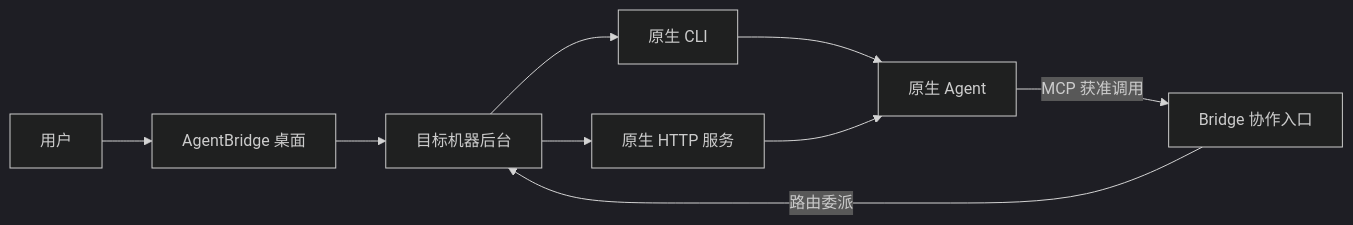
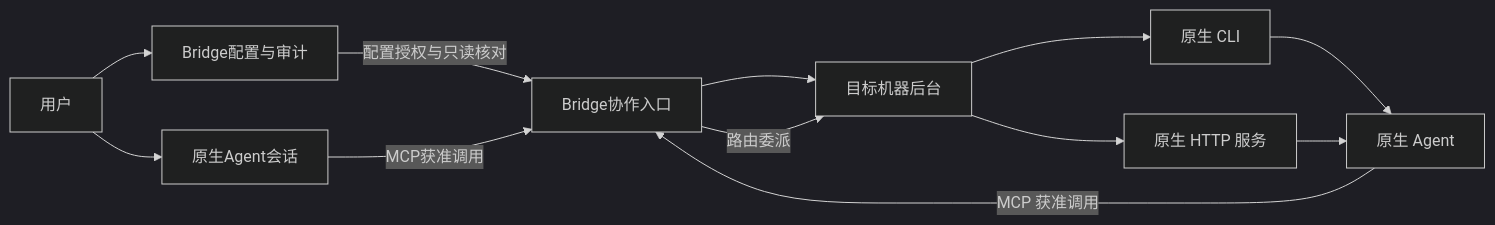
One commit to wsjq5477/MA-Relay changed the diagram in doc/user/architecture.md. Above: the diagram before and after it, drawn with Mermaid (dark theme). The commit also changed other lines of this file and 112 other files, not shown here.

````diff
--- a/doc/user/architecture.md
+++ b/doc/user/architecture.md
@@ -7,11 +7,14 @@
 ```mermaid
 flowchart LR
-  User[用户] --> Desktop[AgentBridge 桌面]
-  Desktop --> Host[目标机器后台]
+  User[用户] --> Desktop[Bridge配置与审计]
+  User --> Native[原生Agent会话]
+  Desktop -->|配置授权与只读核对| Bridge[Bridge协作入口]
+  Native -->|MCP获准调用| Bridge
+  Bridge --> Host[目标机器后台]
   Host --> CLI[原生 CLI]
   Host --> API[原生 HTTP 服务]
   CLI --> Agent[原生 Agent]
   API --> Agent
-  Agent -->|MCP 获准调用| Bridge[Bridge 协作入口]
+  Agent -->|MCP 获准调用| Bridge
   Bridge -->|路由委派| Host
 ```
````
